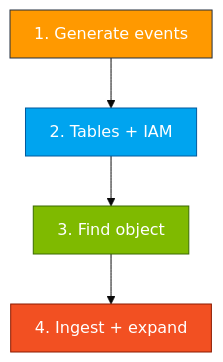
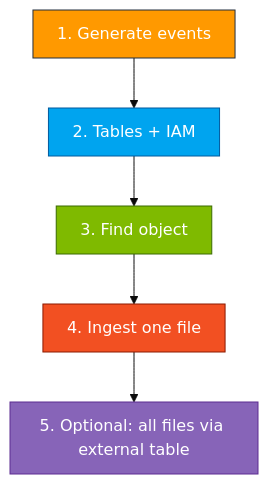
The diagram in Module_02_AWS_CloudTrail/02_CloudTrail_to_ADX_Lab.md (atingupta2005/adx-aws-training-aug-26), drawn with Mermaid before and after one commit. The commit also changed other lines of this file and 1 other file, not shown here.

Commit message:
Add Module 02 optional bulk ingest via ADX external table.

````diff
--- a/Module_02_AWS_CloudTrail/02_CloudTrail_to_ADX_Lab.md
+++ b/Module_02_AWS_CloudTrail/02_CloudTrail_to_ADX_Lab.md
@@ -22,11 +22,13 @@
 ```mermaid
 %%{init: {"theme":"base","flowchart":{"htmlLabels":true,"padding":12}}}%%
 flowchart TB
   A["1. Generate events"] --> B["2. Tables + IAM"]
   B --> C["3. Find object"]
-  C --> D["4. Ingest + expand"]
+  C --> D["4. Ingest one file"]
+  D --> E["5. Optional: all files via external table"]
   style A fill:#FF9900,stroke:#232F3E,color:#fff
   style B fill:#00A4EF,stroke:#005A9E,color:#fff
   style C fill:#7FBA00,stroke:#3A6B00,color:#fff
   style D fill:#F25022,stroke:#8B1A00,color:#fff
+  style E fill:#8764B8,stroke:#5C2D91,color:#fff
 ```
````
